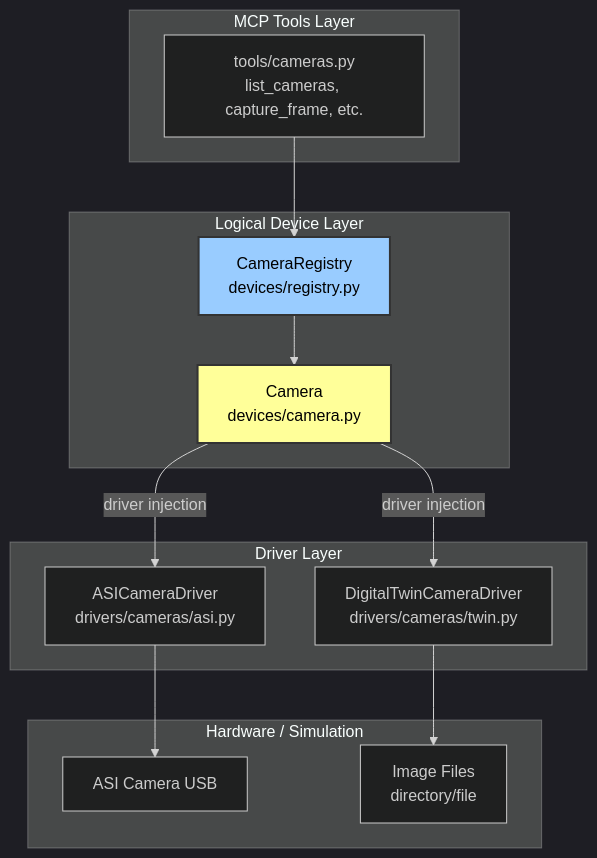
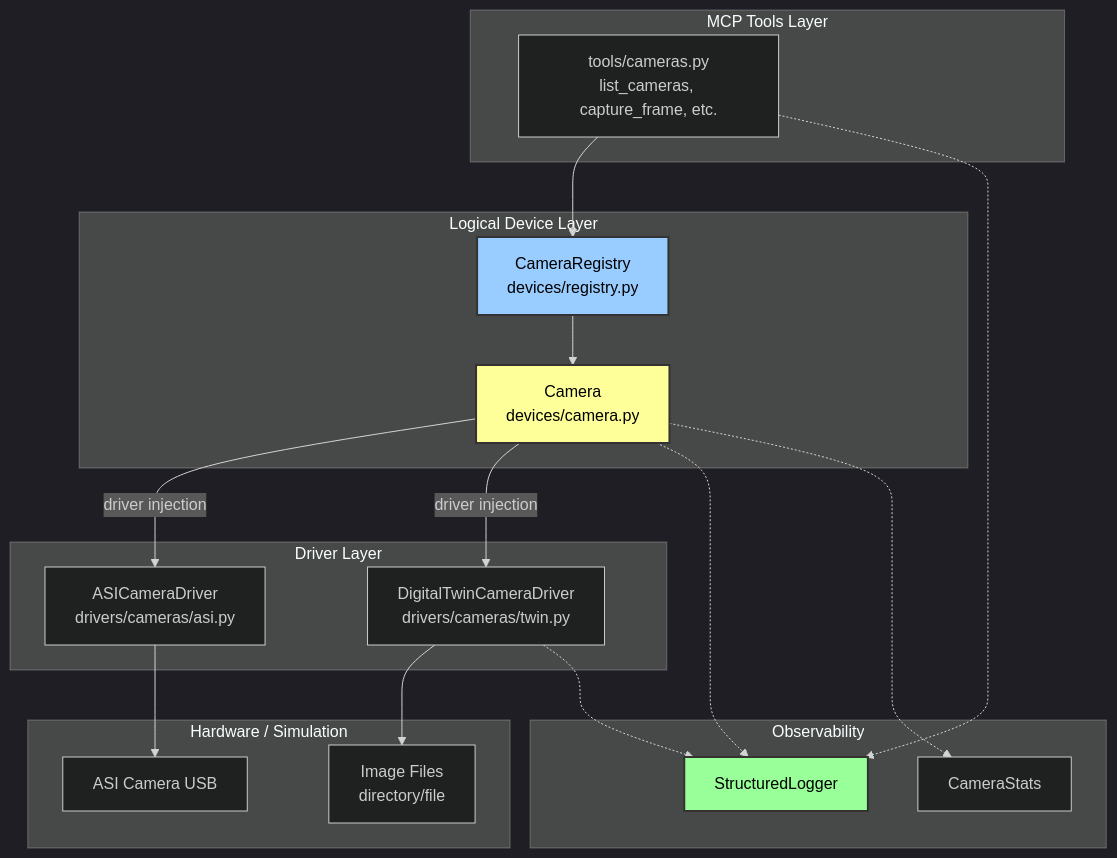
The third of 10 diagrams in docs/architecture/cameras.md (mgrandau/telescope-mcp), drawn with Mermaid before and after one commit. The commit also changed other lines of this file and 17 other files, not shown here.

First line of the commit message:
Add observability module with structured logging and camera statistics

````diff
--- a/docs/architecture/cameras.md
+++ b/docs/architecture/cameras.md
@@ -22,32 +77,43 @@
 ```mermaid
 %%{init: {'theme': 'dark'}}%%
 graph TB
     subgraph "MCP Tools Layer"
         TC[tools/cameras.py<br/>list_cameras, capture_frame, etc.]
     end
 
     subgraph "Logical Device Layer"
         REG[CameraRegistry<br/>devices/registry.py]
         CAM[Camera<br/>devices/camera.py]
     end
 
     subgraph "Driver Layer"
         ASI[ASICameraDriver<br/>drivers/cameras/asi.py]
         TWIN[DigitalTwinCameraDriver<br/>drivers/cameras/twin.py]
     end
 
     subgraph "Hardware / Simulation"
         HW[ASI Camera USB]
         IMG[Image Files<br/>directory/file]
     end
+    
+    subgraph "Observability"
+        LOG[StructuredLogger]
+        STATS[CameraStats]
+    end
 
     TC --> REG
     REG --> CAM
     CAM -->|driver injection| ASI
     CAM -->|driver injection| TWIN
     ASI --> HW
     TWIN --> IMG
+    
+    TC -.-> LOG
+    CAM -.-> LOG
+    TWIN -.-> LOG
+    CAM -.-> STATS
 
     style REG fill:#9cf,stroke:#333,stroke-width:2px,color:#000
     style CAM fill:#ff9,stroke:#333,stroke-width:2px,color:#000
+    style LOG fill:#9f9,stroke:#333,stroke-width:2px,color:#000
 ```
````
